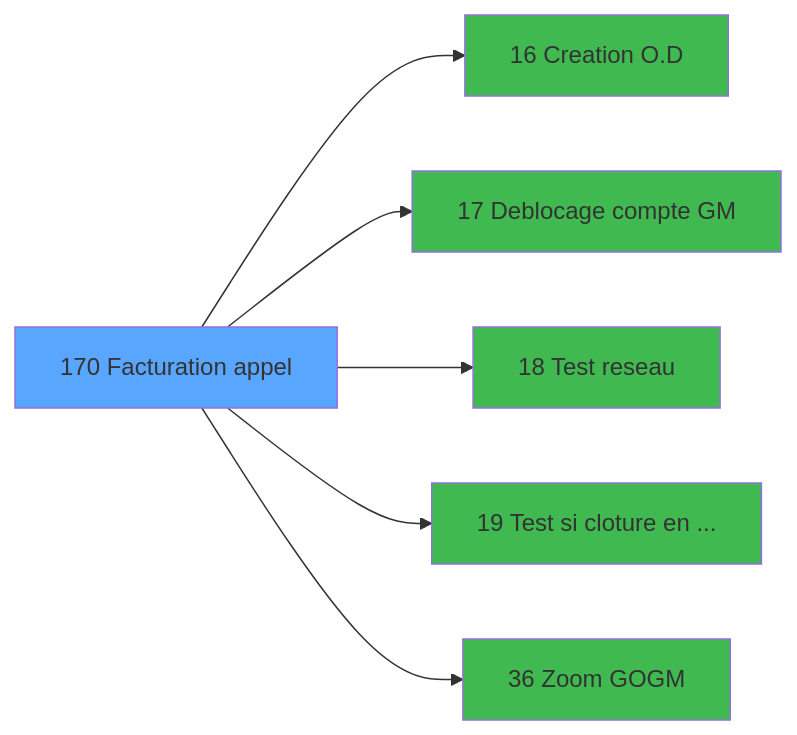
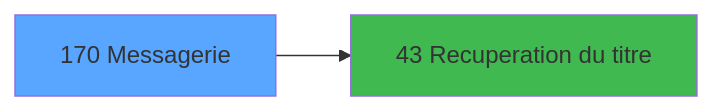
Before and after one commit to thonyAGP/lecteur-magic: the third of 3 diagrams in .openspec/specs/ADH-IDE-170.md, drawn with Mermaid. The commit also changed other lines of this file and 493 other files, not shown here.

````diff
--- a/.openspec/specs/ADH-IDE-170.md
+++ b/.openspec/specs/ADH-IDE-170.md
@@ -389,20 +261,8 @@
 ```mermaid
 graph LR
-    T170[170 Facturation appel]
+    T170[170 Messagerie]
     style T170 fill:#58a6ff
-    C16[16 Creation O.D]
-    T170 --> C16
-    style C16 fill:#3fb950
-    C17[17 Deblocage compte GM]
-    T170 --> C17
-    style C17 fill:#3fb950
-    C18[18 Test reseau]
-    T170 --> C18
-    style C18 fill:#3fb950
-    C19[19 Test si cloture en ...]
-    T170 --> C19
-    style C19 fill:#3fb950
-    C36[36 Zoom GOGM]
-    T170 --> C36
-    style C36 fill:#3fb950
+    C43[43 Recuperation du titre]
+    T170 --> C43
+    style C43 fill:#3fb950
 ```
````
